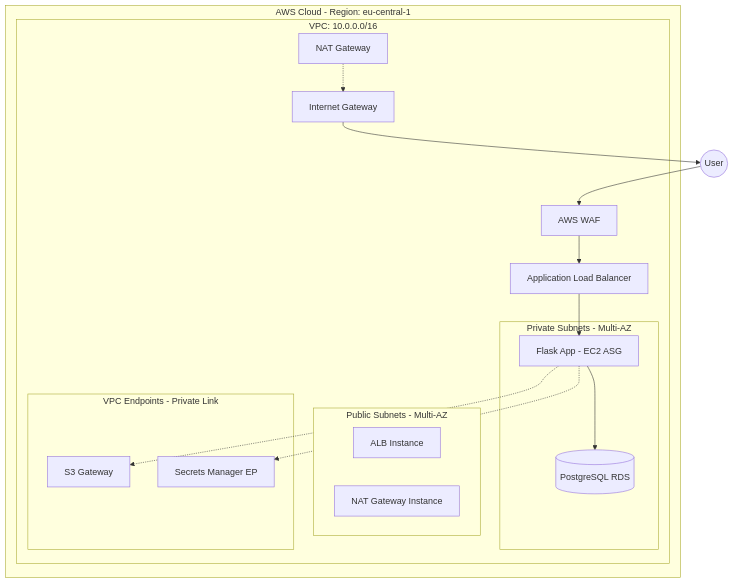
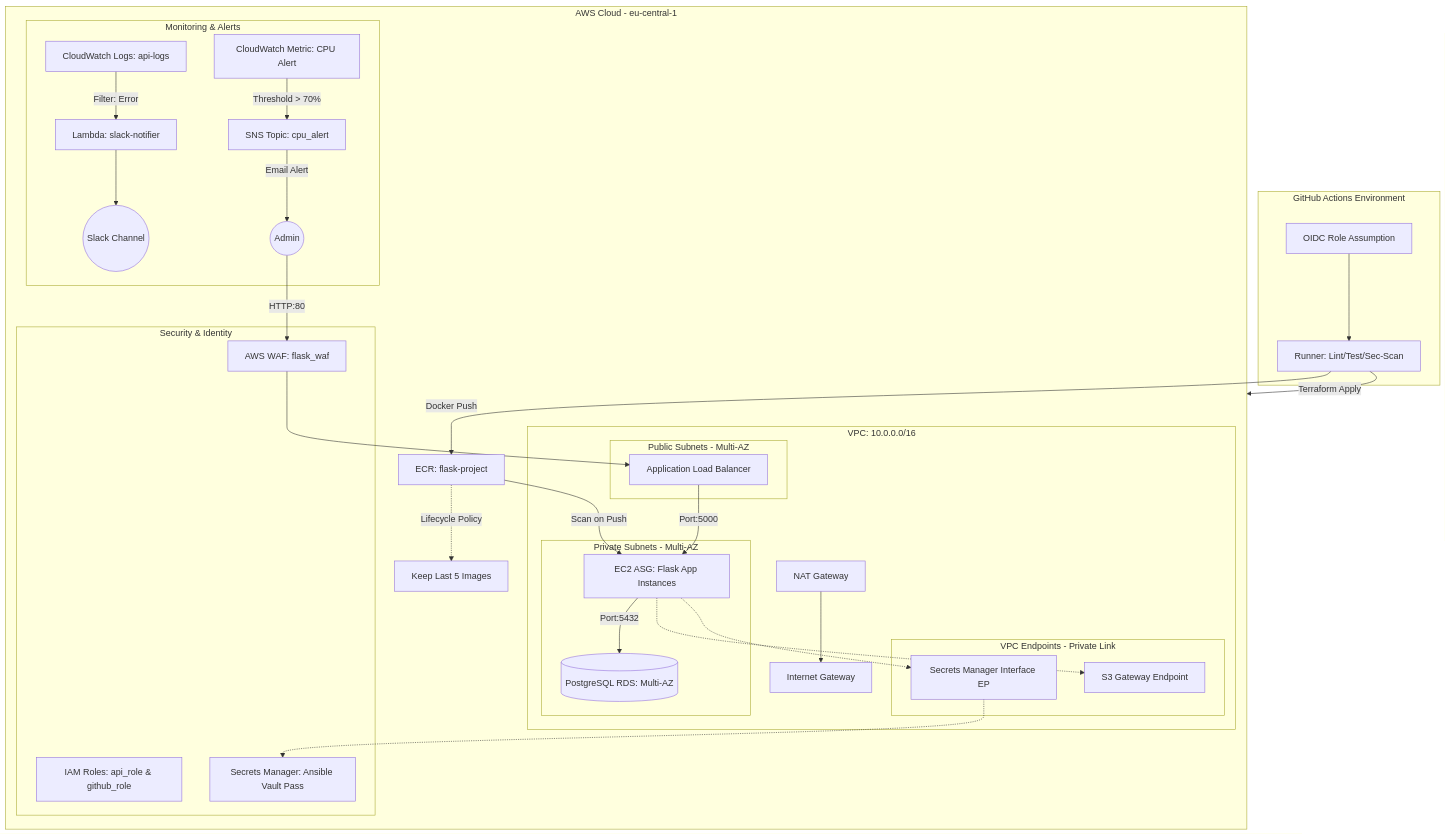
The diagram in README.md (R-Kx/Aws-Fortress-Automation), drawn with Mermaid before and after one commit.

````diff
--- a/README.md
+++ b/README.md
@@ -2,35 +2,63 @@
 ``` mermaid
-graph TD
-    subgraph AWS_Cloud [AWS Cloud - Region: eu-central-1]
+graph TB
+    subgraph GitHub_Actions [GitHub Actions Environment]
+        OIDC[OIDC Role Assumption] --> Actions[Runner: Lint/Test/Sec-Scan]
+    end
+
+    subgraph AWS_Cloud [AWS Cloud - eu-central-1]
+        
+        subgraph Security_Identity [Security & Identity]
+            WAF[AWS WAF: flask_waf]
+            IAM[IAM Roles: api_role & github_role]
+            SM[Secrets Manager: Ansible Vault Pass]
+        end
+
+        subgraph Management_Monitoring [Monitoring & Alerts]
+            CW_Logs[CloudWatch Logs: api-logs]
+            CW_Metric[CloudWatch Metric: CPU Alert]
+            SNS[SNS Topic: cpu_alert]
+            Lambda[Lambda: slack-notifier]
+            Slack((Slack Channel))
+
+            CW_Logs -->|Filter: Error| Lambda
+            CW_Metric -->|Threshold > 70%| SNS
+            Lambda --> Slack
+            SNS -->|Email Alert| User((Admin))
+        end
+
         subgraph VPC [VPC: 10.0.0.0/16]
             IGW[Internet Gateway]
-            WAF[AWS WAF]
-            ALB[Application Load Balancer]
             NAT[NAT Gateway]
-
-            subgraph Public_Subnets [Public Subnets - Multi-AZ]
-                ALB_Node[ALB Instance]
-                NAT_Node[NAT Gateway Instance]
+            
+            subgraph Public_Zones [Public Subnets - Multi-AZ]
+                ALB[Application Load Balancer]
             end
 
-            subgraph Private_Subnets [Private Subnets - Multi-AZ]
-                Flask[Flask App - EC2 ASG]
-                RDS[(PostgreSQL RDS)]
+            subgraph Private_Zones [Private Subnets - Multi-AZ]
+                ASG[EC2 ASG: Flask App Instances]
+                RDS[(PostgreSQL RDS: Multi-AZ)]
             end
 
-            subgraph Endpoints [VPC Endpoints - Private Link]
-                S3_EP[S3 Gateway]
-                Secrets_EP[Secrets Manager EP]
+            subgraph VPC_Endpoints [VPC Endpoints - Private Link]
+                S3_GW[S3 Gateway Endpoint]
+                SM_EP[Secrets Manager Interface EP]
             end
         end
+
+        ECR[ECR: flask-project] -->|Scan on Push| ASG
+        ECR -.->|Lifecycle Policy| ECR_Cleanup[Keep Last 5 Images]
     end
 
-    User((User)) --> WAF
+    %% Connections
+    Actions -->|Terraform Apply| AWS_Cloud
+    Actions -->|Docker Push| ECR
+    
+    User -->|HTTP:80| WAF
     WAF --> ALB
-    ALB --> Flask
-    Flask --> RDS
-    Flask -.-> S3_EP
-    Flask -.-> Secrets_EP
-    NAT -.-> IGW
-    IGW --> User
+    ALB -->|Port:5000| ASG
+    ASG -->|Port:5432| RDS
+    ASG -.-> S3_GW
+    ASG -.-> SM_EP
+    SM_EP -.-> SM
+    NAT --> IGW
 ```
````
